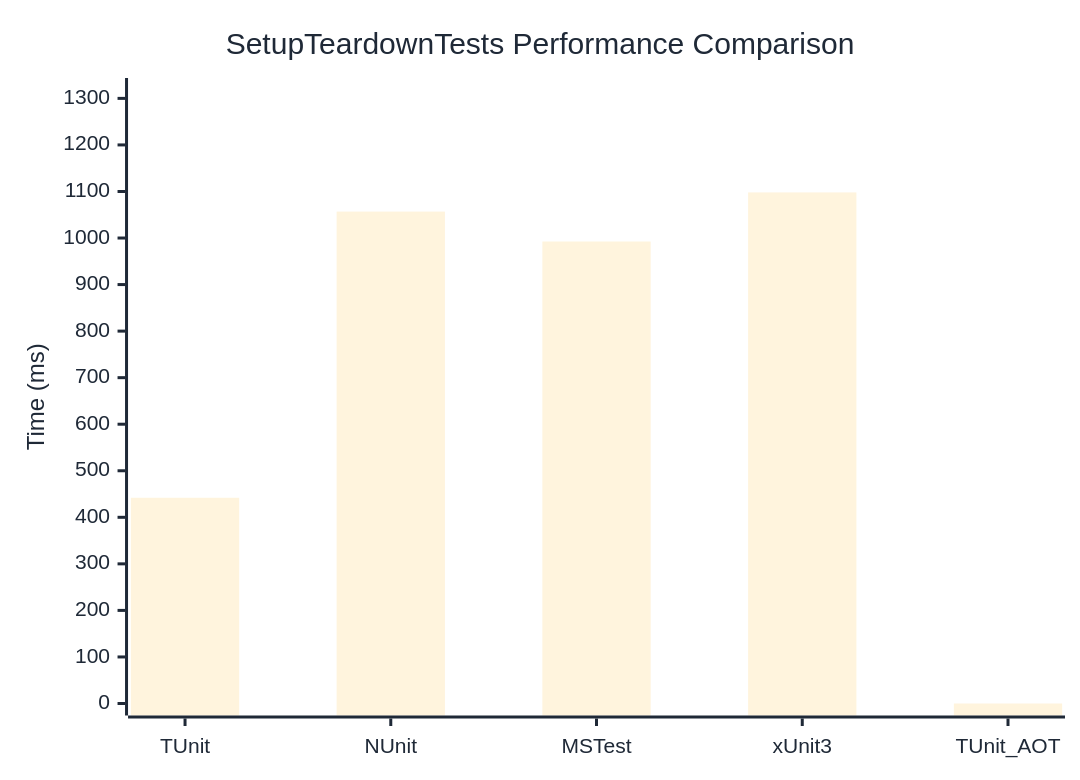
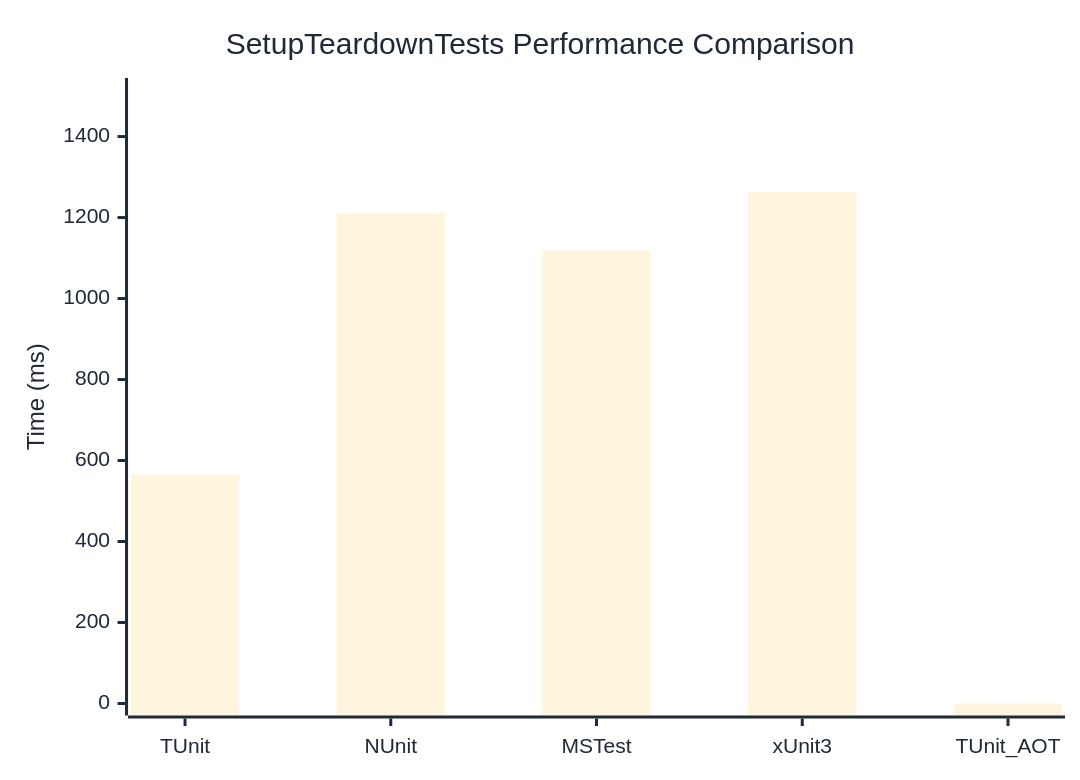
One commit to thomhurst/TUnit changed the diagram in docs/docs/benchmarks/SetupTeardownTests.md. Above: the diagram before and after it, drawn with Mermaid. The commit also changed other lines of this file and 17 other files, not shown here.

````diff
--- a/docs/docs/benchmarks/SetupTeardownTests.md
+++ b/docs/docs/benchmarks/SetupTeardownTests.md
@@ -27,37 +27,37 @@
 ```mermaid
 %%{init: {
   'theme':'base',
   'themeVariables': {
     'primaryColor': '#2563eb',
     'primaryTextColor': '#1f2937',
     'primaryBorderColor': '#1e40af',
     'lineColor': '#6b7280',
     'secondaryColor': '#7c3aed',
     'tertiaryColor': '#dc2626',
     'background': '#ffffff',
     'mainBkg': '#2563eb',
     'secondBkg': '#7c3aed',
     'tertiaryBkg': '#dc2626',
     'clusterBkg': '#f3f4f6',
     'edgeLabelBackground': '#ffffff',
     'tertiaryTextColor': '#1f2937',
     'pie1': '#2563eb',
     'pie2': '#7c3aed',
     'pie3': '#dc2626',
     'pie4': '#f59e0b',
     'pie5': '#10b981',
     'pie6': '#06b6d4',
     'pie7': '#ec4899',
     'pie8': '#6366f1',
     'pie9': '#84cc16',
     'pie10': '#f97316',
     'pie11': '#14b8a6',
     'pie12': '#a855f7'
   }
 }}%%
 xychart-beta
   title "SetupTeardownTests Performance Comparison"
   x-axis ["TUnit", "NUnit", "MSTest", "xUnit3", "TUnit_AOT"]
-  y-axis "Time (ms)" 0 --> 1318
-  bar [442, 1056.8, 992.5, 1098, 0]
+  y-axis "Time (ms)" 0 --> 1515
+  bar [565, 1211.6, 1118.6, 1262, 0]
 ```
````
